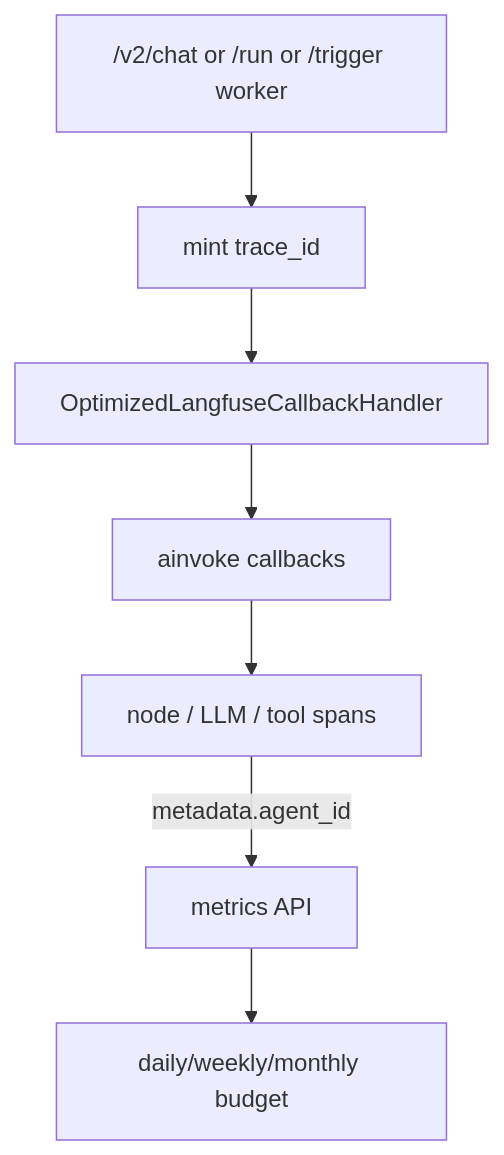
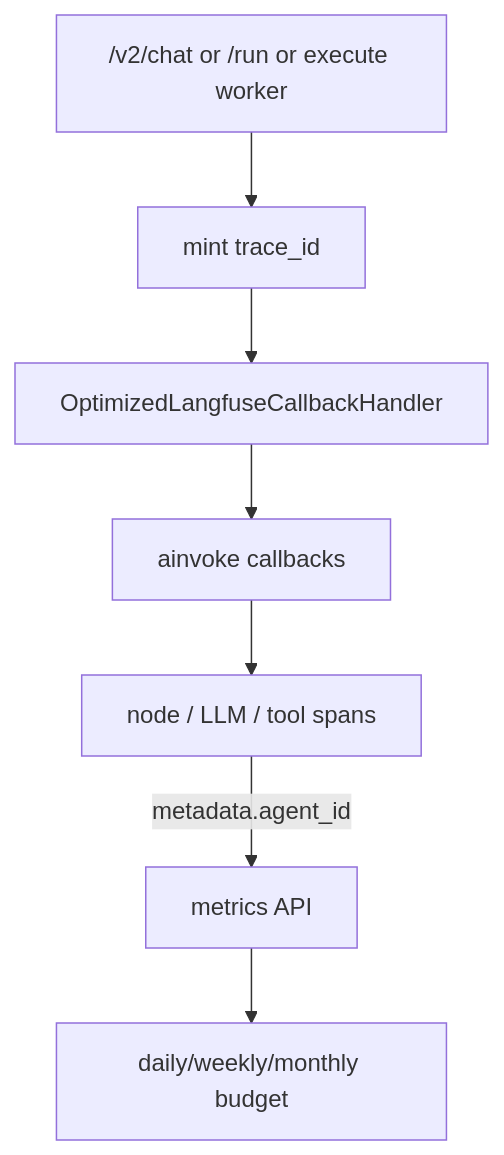
One commit to zekkrron/cs-knowledge-base changed the first of 2 diagrams in Resume/Delhivery/07 - Langfuse.md. Above: the diagram before and after it, drawn with Mermaid. The commit also changed other lines of this file and 47 other files, not shown here.

````diff
--- a/Resume/Delhivery/07 - Langfuse.md
+++ b/Resume/Delhivery/07 - Langfuse.md
@@ -62,9 +62,9 @@
 ```mermaid
 flowchart TD
-  Req["/v2/chat or /run or /trigger worker"] --> Tid[mint trace_id]
+  Req["/v2/chat or /run or execute worker"] --> Tid[mint trace_id]
   Tid --> Cb[OptimizedLangfuseCallbackHandler]
   Cb --> G[ainvoke callbacks]
   G --> N[node / LLM / tool spans]
   N -->|metadata.agent_id| Cost[metrics API]
   Cost --> Bud[daily/weekly/monthly budget]
 ```
````
